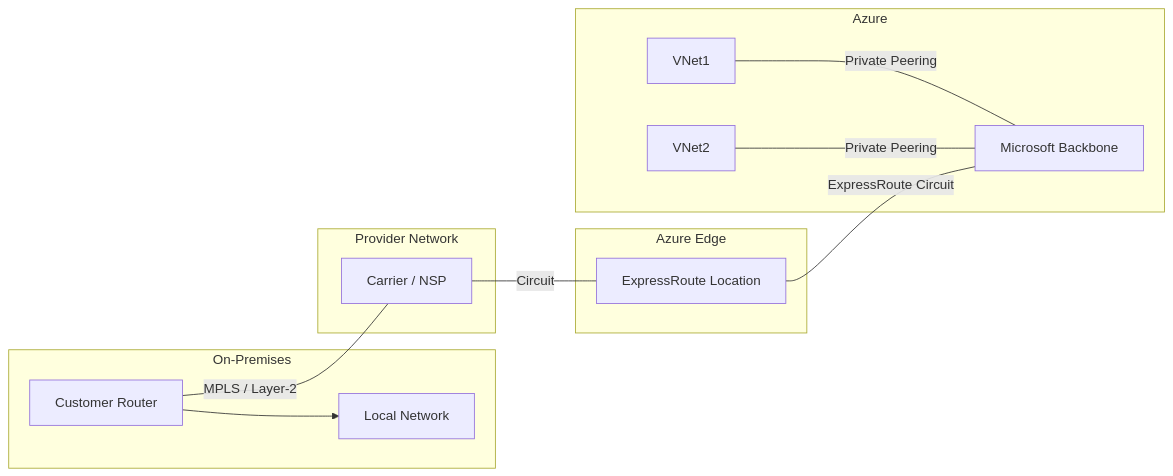
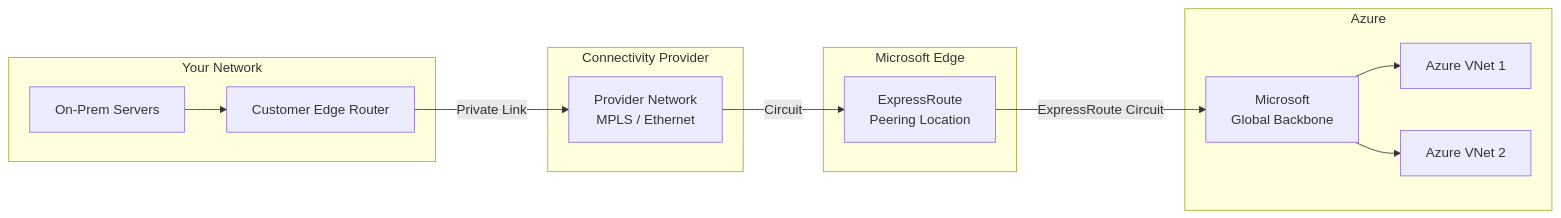
One commit to gurkanindibay/azure_learning changed the first of 4 diagrams in architecture-azure/networking/guides/05-expressroute-bgp-guide.md. Above: the diagram before and after it, drawn with Mermaid. The commit also changed other lines of this file and 1 other file, not shown here.

Commit message:
Add ExpressRoute connectivity models documentation with detailed descriptions and diagrams

````diff
--- a/architecture-azure/networking/guides/05-expressroute-bgp-guide.md
+++ b/architecture-azure/networking/guides/05-expressroute-bgp-guide.md
@@ -28,24 +93,26 @@
 ```mermaid
 graph LR
-    subgraph On-Premises
-        A[Customer Router]
-        B[Local Network]
-        A --> B
+    subgraph Your Network
+        A[On-Prem Servers] --> B[Customer Edge Router]
     end
-    subgraph Provider Network
-        C[Carrier / NSP]
+
+    subgraph Connectivity Provider
+        C[Provider Network<br/>MPLS / Ethernet]
     end
-    subgraph Azure Edge
-        D[ExpressRoute Location]
+
+    subgraph Microsoft Edge
+        D[ExpressRoute<br/>Peering Location]
     end
+
     subgraph Azure
-        E[VNet1]
-        F[VNet2]
-        G[Microsoft Backbone]
-        E ---|Private Peering| G
-        F ---|Private Peering| G
+        E[Microsoft<br/>Global Backbone]
+        F[Azure VNet 1]
+        G[Azure VNet 2]
+        E --> F
+        E --> G
     end
-    A ---|MPLS / Layer-2| C
-    C ---|Circuit| D
-    D ---|ExpressRoute Circuit| G
+
+    B -- Private Link --> C
+    C -- Circuit --> D
+    D -- ExpressRoute Circuit --> E
 ```
````
